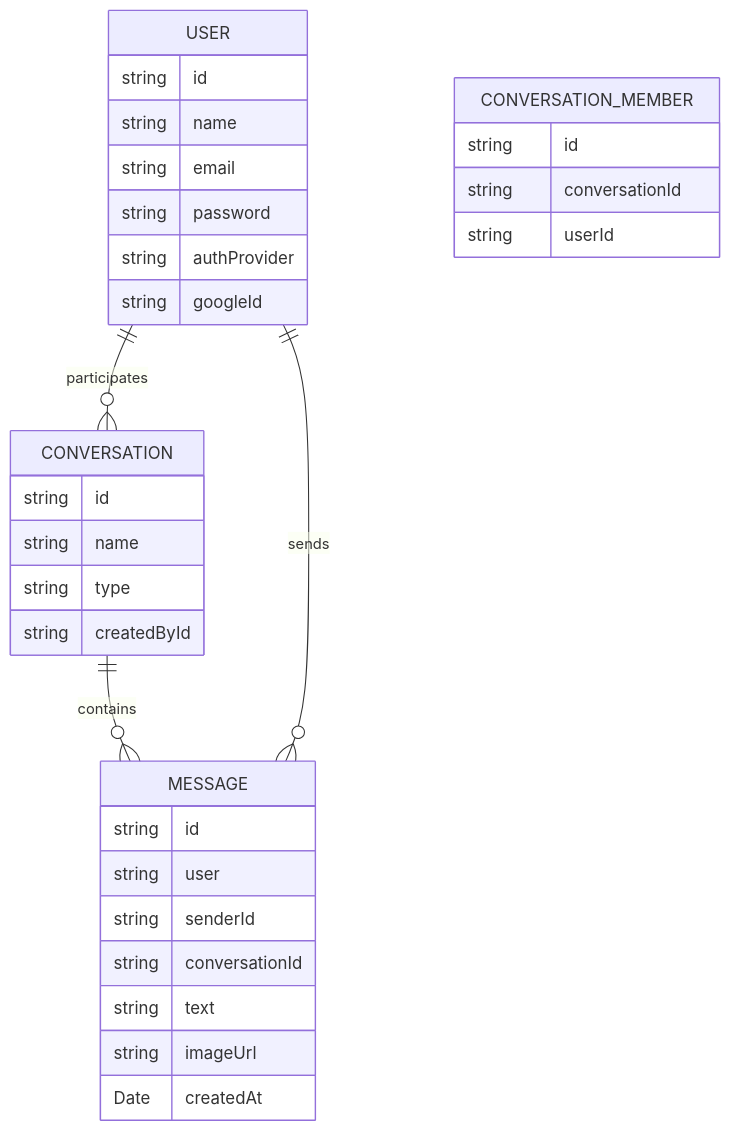
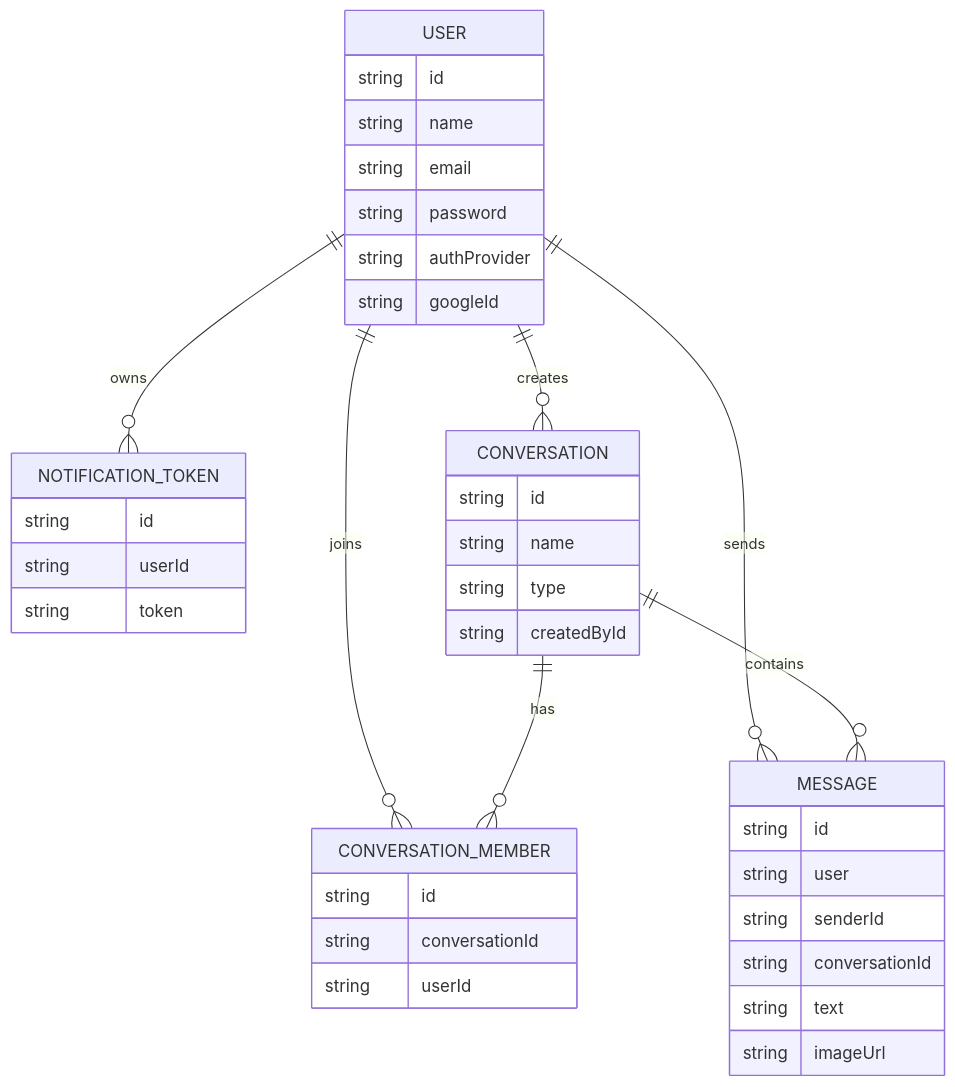
One commit to SaimaLearnathon/web-development-bootcamp-may-2026 changed the third of 3 diagrams in farhanaislamsaima/README.md. Above: the diagram before and after it, drawn with Mermaid. The commit also changed other lines of this file and 1 other file, not shown here.

````diff
--- a/farhanaislamsaima/README.md
+++ b/farhanaislamsaima/README.md
@@ -224,38 +225,46 @@
 ```mermaid
 erDiagram
-  USER ||--o{ CONVERSATION : participates
+  USER ||--o{ CONVERSATION_MEMBER : joins
+  USER ||--o{ MESSAGE : sends
+  USER ||--o{ NOTIFICATION_TOKEN : owns
+  USER ||--o{ CONVERSATION : creates
+  CONVERSATION ||--o{ CONVERSATION_MEMBER : has
   CONVERSATION ||--o{ MESSAGE : contains
-  USER ||--o{ MESSAGE : sends
 
   USER {
     string id
     string name
     string email
     string password
     string authProvider
     string googleId
   }
 
   CONVERSATION {
     string id
     string name
     string type
     string createdById
   }
 
   CONVERSATION_MEMBER {
     string id
     string conversationId
     string userId
   }
 
   MESSAGE {
     string id
     string user
     string senderId
     string conversationId
     string text
     string imageUrl
-    Date createdAt
+  }
+
+  NOTIFICATION_TOKEN {
+    string id
+    string userId
+    string token
   }
 ```
````
